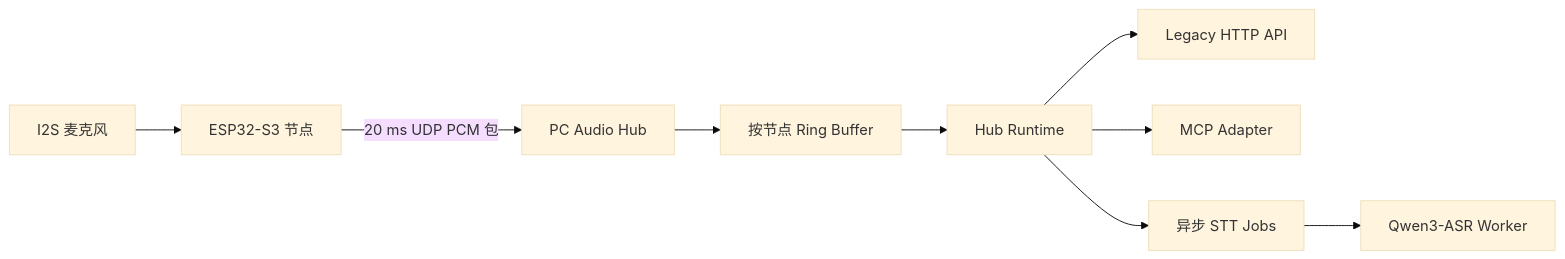
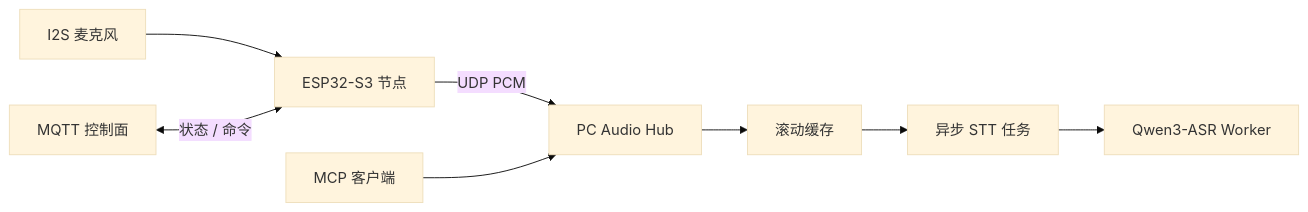
One commit to Tobi1chi/EchoTrigger changed the diagram in README.zh-CN.md. Above: the diagram before and after it, drawn with Mermaid (base theme). The commit also changed other lines of this file and 9 other files, not shown here.

````diff
--- a/README.zh-CN.md
+++ b/README.zh-CN.md
@@ -66,11 +15,10 @@
 ```mermaid
 flowchart LR
   mic["I2S 麦克风"] --> esp["ESP32-S3 节点"]
-  esp -->|"20 ms UDP PCM 包"| hub["PC Audio Hub"]
-  hub --> ring["按节点 Ring Buffer"]
-  ring --> runtime["Hub Runtime"]
-  runtime --> legacy["Legacy HTTP API"]
-  runtime --> mcp["MCP Adapter"]
-  runtime --> jobs["异步 STT Jobs"]
+  esp -->|"UDP PCM"| hub["PC Audio Hub"]
+  hub --> ring["滚动缓存"]
+  ring --> jobs["异步 STT 任务"]
   jobs --> asr["Qwen3-ASR Worker"]
+  mqtt["MQTT 控制面"] <-->|"状态 / 命令"| esp
+  mcp["MCP 客户端"] --> hub
 ```
````
